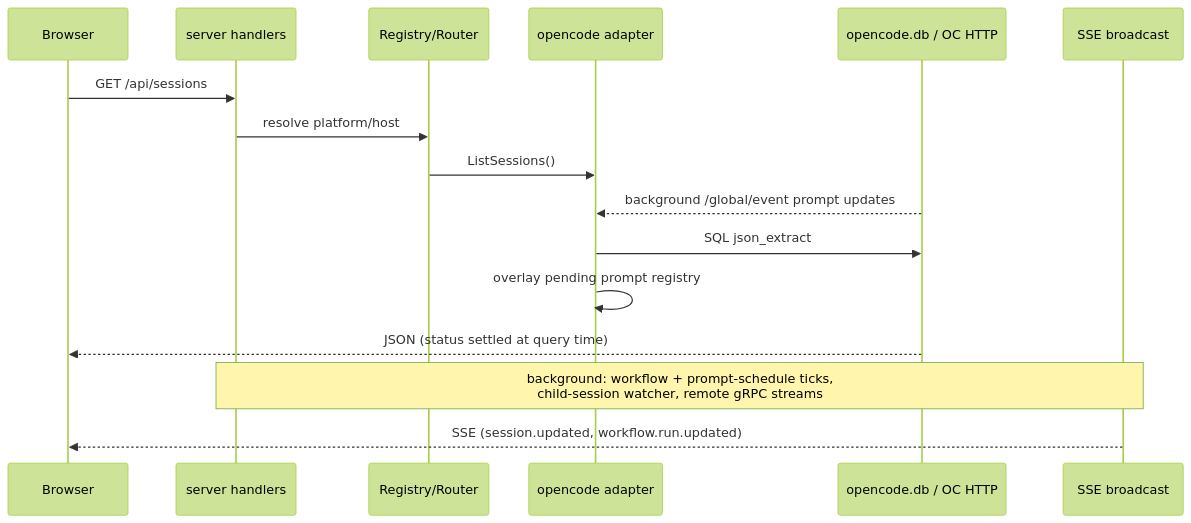
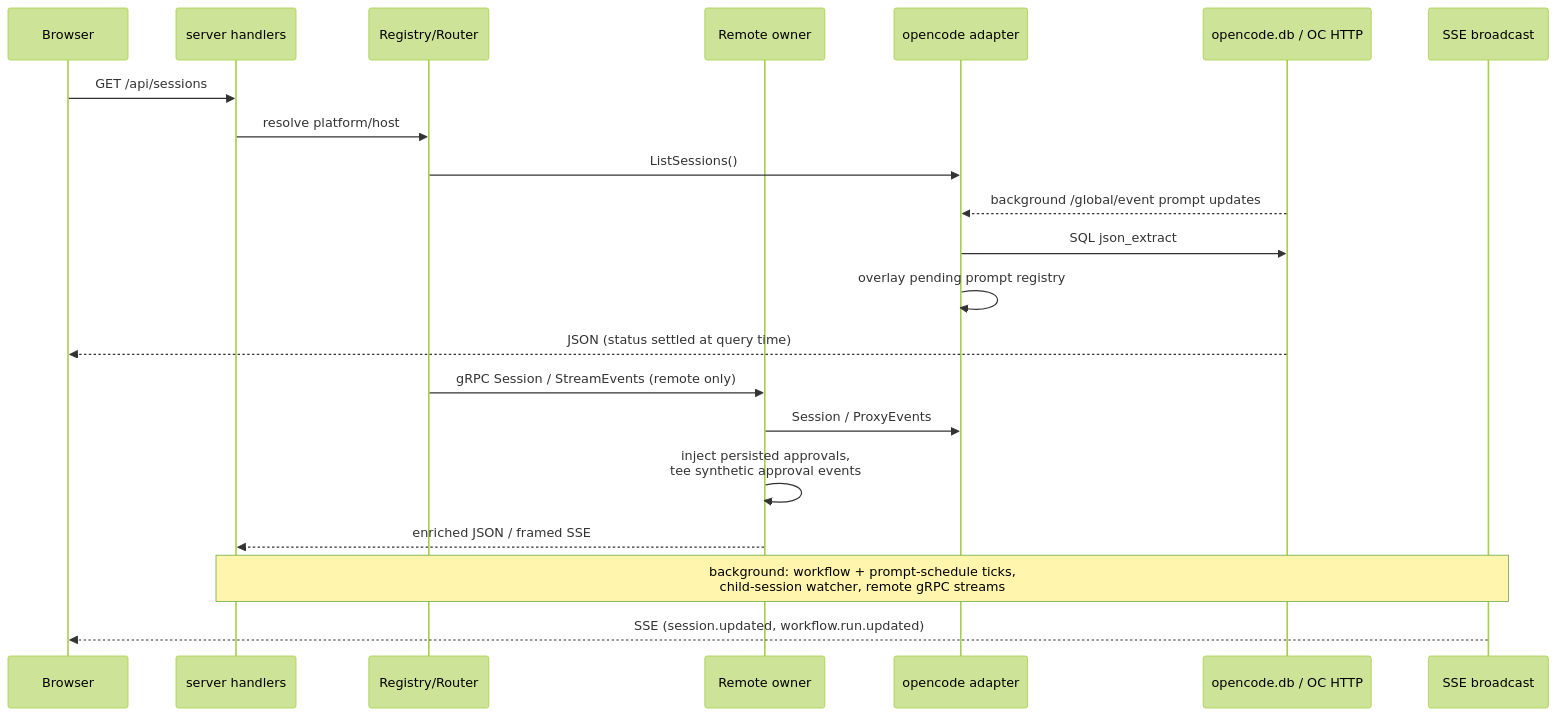
The fourth of 5 diagrams in docs/other/architecture.md (ocman/ocman), drawn with Mermaid (forest theme) before and after one commit. The commit also changed other lines of this file and 37 other files, not shown here.

````diff
--- a/docs/other/architecture.md
+++ b/docs/other/architecture.md
@@ -205,19 +208,24 @@
 ```mermaid
 sequenceDiagram
     participant B as Browser
     participant S as server handlers
     participant R as Registry/Router
+    participant O as Remote owner
     participant A as opencode adapter
     participant D as opencode.db / OC HTTP
     participant E as SSE broadcast
 
     B->>S: GET /api/sessions
     S->>R: resolve platform/host
     R->>A: ListSessions()
     D-->>A: background /global/event prompt updates
     A->>D: SQL json_extract
     A->>A: overlay pending prompt registry
     D-->>B: JSON (status settled at query time)
+    R->>O: gRPC Session / StreamEvents (remote only)
+    O->>A: Session / ProxyEvents
+    O->>O: inject persisted approvals,<br/>tee synthetic approval events
+    O-->>S: enriched JSON / framed SSE
      Note over S,E: background: workflow + prompt-schedule ticks,<br/>child-session watcher, remote gRPC streams
      E-->>B: SSE (session.updated, workflow.run.updated)
 ```
````
